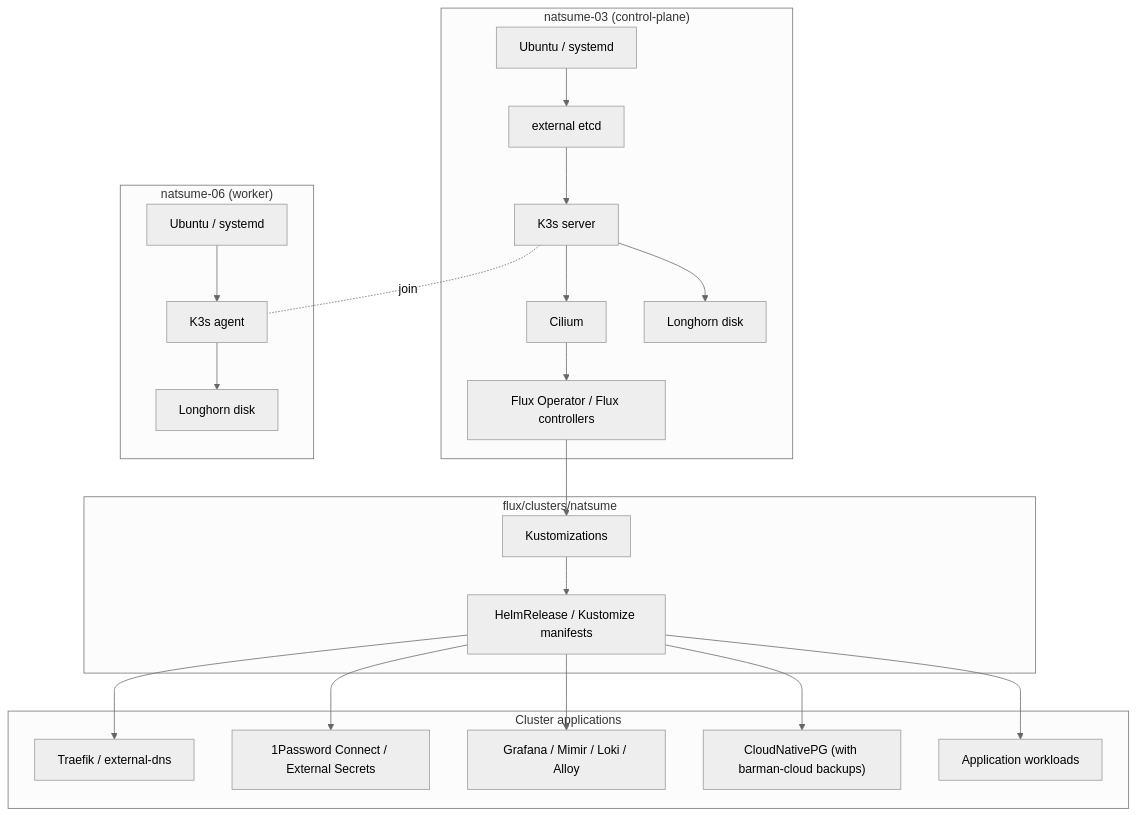
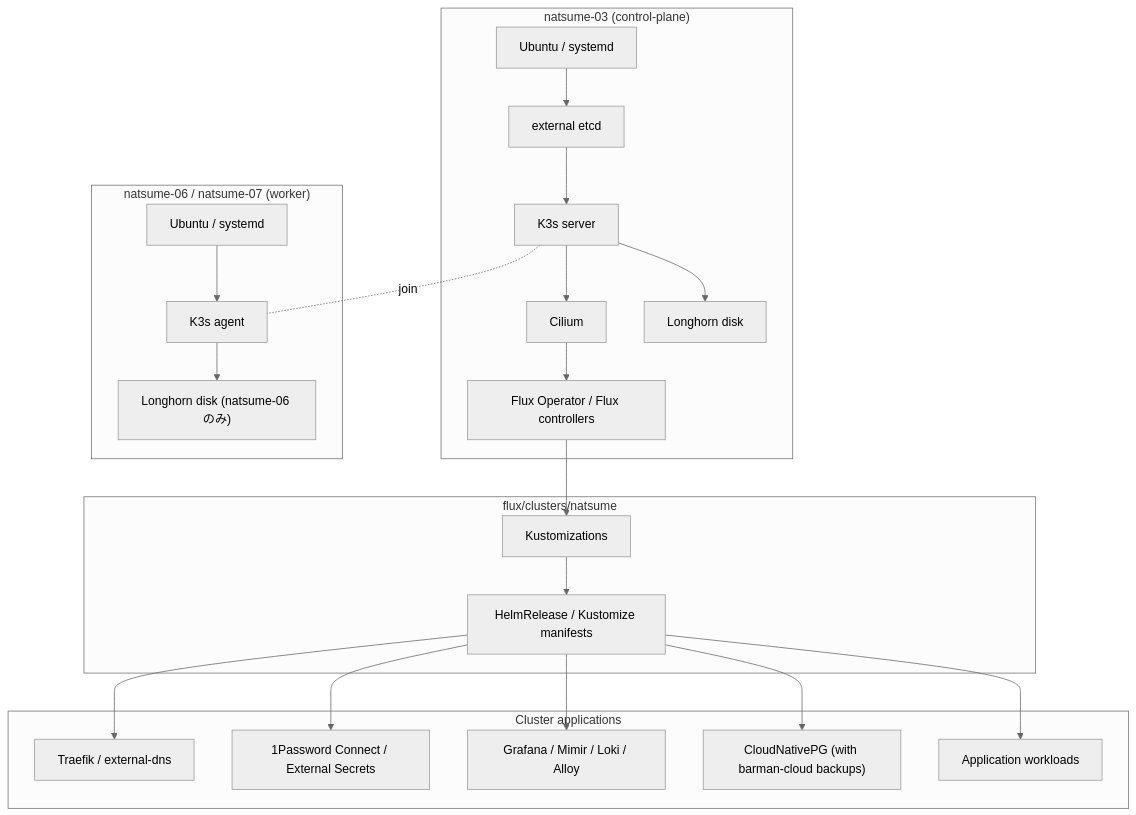
One commit to Soli0222/pke changed the first of 2 diagrams in README.md. Above: the diagram before and after it, drawn with Mermaid (neutral theme). The commit also changed other lines of this file and 1 other file, not shown here.

````diff
--- a/README.md
+++ b/README.md
@@ -9,46 +9,46 @@
 ```mermaid
 flowchart TB
     subgraph CP["natsume-03 (control-plane)"]
         OS_CP["Ubuntu / systemd"]
         ETCD["external etcd"]
         K3S_SERVER["K3s server"]
         CILIUM["Cilium"]
         LONGHORN_CP["Longhorn disk"]
         FLUX["Flux Operator / Flux controllers"]
     end
 
-    subgraph WORKER["natsume-06 (worker)"]
+    subgraph WORKER["natsume-06 / natsume-07 (worker)"]
         OS_W["Ubuntu / systemd"]
         K3S_AGENT["K3s agent"]
-        LONGHORN_W["Longhorn disk"]
+        LONGHORN_W["Longhorn disk (natsume-06 のみ)"]
     end
 
     subgraph GitOps["flux/clusters/natsume"]
         BASE["Kustomizations"]
         APPS["HelmRelease / Kustomize manifests"]
     end
 
     subgraph Apps["Cluster applications"]
         TRAEFIK["Traefik / external-dns"]
         SECRETS["1Password Connect / External Secrets"]
         OBS["Grafana / Mimir / Loki / Alloy"]
         DB["CloudNativePG (with barman-cloud backups)"]
         SVC["Application workloads"]
     end
 
     OS_CP --> ETCD
     ETCD --> K3S_SERVER
     K3S_SERVER --> CILIUM
     K3S_SERVER --> LONGHORN_CP
     OS_W --> K3S_AGENT
     K3S_AGENT --> LONGHORN_W
     K3S_SERVER -. join .- K3S_AGENT
     CILIUM --> FLUX
     FLUX --> BASE
     BASE --> APPS
     APPS --> TRAEFIK
     APPS --> SECRETS
     APPS --> OBS
     APPS --> DB
     APPS --> SVC
 ```
````
